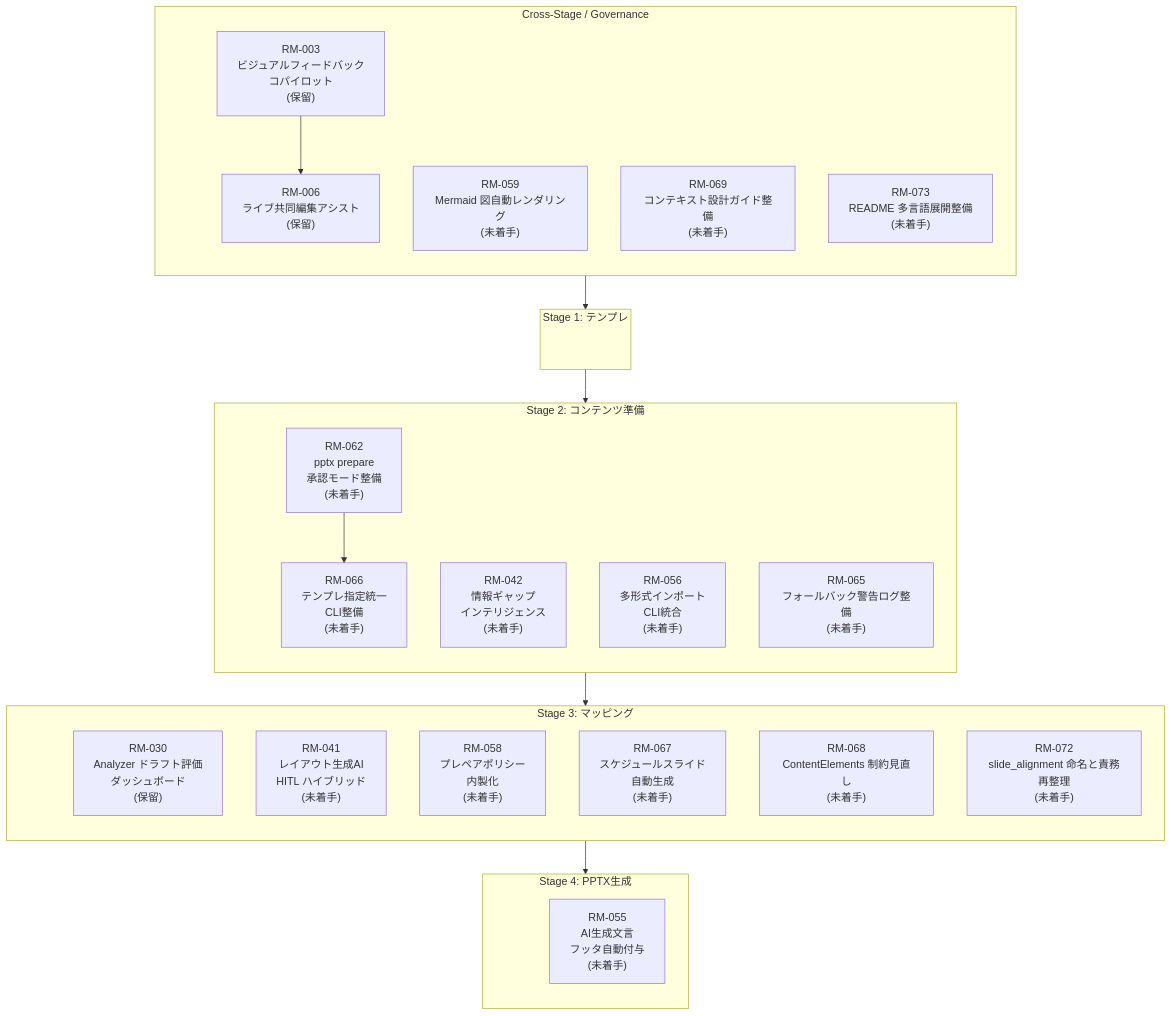
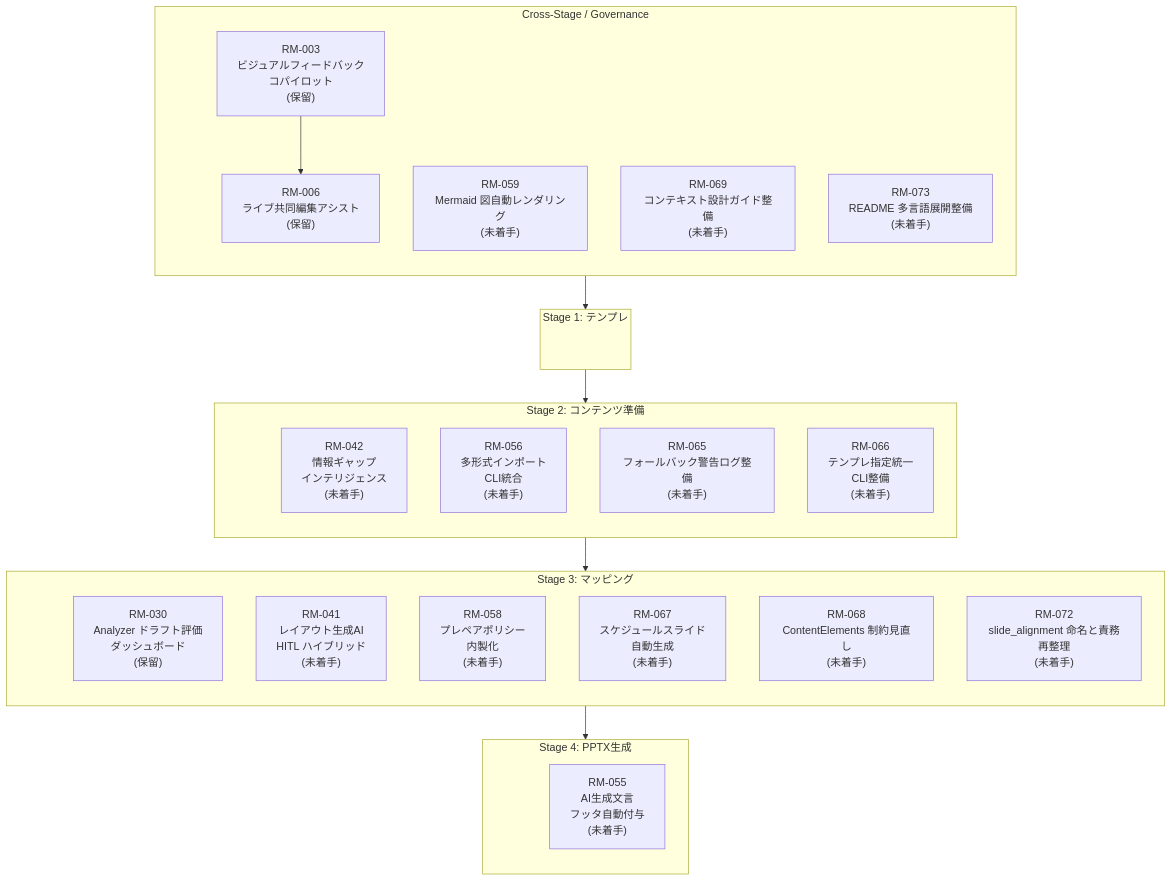
Before and after one commit to yurake/pptx_generator: the diagram in docs/roadmap/roadmap.md, drawn with Mermaid. The commit also changed other lines of this file and 23 other files, not shown here.

````diff
--- a/docs/roadmap/roadmap.md
+++ b/docs/roadmap/roadmap.md
@@ -25,55 +25,53 @@
 ```mermaid
 flowchart TB
     subgraph GOV["Cross-Stage / Governance"]
         direction TB
         GOV_ANCHOR(( ))
         RM003["RM-003<br/>ビジュアルフィードバック<br/>コパイロット<br/>(保留)"]
         RM006["RM-006<br/>ライブ共同編集アシスト<br/>(保留)"]
         RM059["RM-059<br/>Mermaid 図自動レンダリング<br/>(未着手)"]
         RM069["RM-069<br/>コンテキスト設計ガイド整備<br/>(未着手)"]
         RM073["RM-073<br/>README 多言語展開整備<br/>(未着手)"]
     end
 
     subgraph ST1["Stage 1: テンプレ"]
         direction TB
         ST1_ANCHOR(( ))
     end
 
     subgraph ST2["Stage 2: コンテンツ準備"]
         direction TB
         ST2_ANCHOR(( ))
         RM042["RM-042<br/>情報ギャップ<br/>インテリジェンス<br/>(未着手)"]
         RM056["RM-056<br/>多形式インポート<br/>CLI統合<br/>(未着手)"]
-        RM062["RM-062<br/>pptx prepare<br/>承認モード整備<br/>(未着手)"]
         RM065["RM-065<br/>フォールバック警告ログ整備<br/>(未着手)"]
         RM066["RM-066<br/>テンプレ指定統一<br/>CLI整備<br/>(未着手)"]
     end
 
     subgraph ST3["Stage 3: マッピング"]
         direction TB
         ST3_ANCHOR(( ))
         RM030["RM-030<br/>Analyzer ドラフト評価<br/>ダッシュボード<br/>(保留)"]
         RM041["RM-041<br/>レイアウト生成AI<br/>HITL ハイブリッド<br/>(未着手)"]
         RM058["RM-058<br/>プレペアポリシー<br/>内製化<br/>(未着手)"]
         RM067["RM-067<br/>スケジュールスライド<br/>自動生成<br/>(未着手)"]
         RM068["RM-068<br/>ContentElements 制約見直し<br/>(未着手)"]
         RM072["RM-072<br/>slide_alignment 命名と責務再整理<br/>(未着手)"]
     end
 
     subgraph ST4["Stage 4: PPTX生成"]
         direction TB
         ST4_ANCHOR(( ))
         RM055["RM-055<br/>AI生成文言<br/>フッタ自動付与<br/>(未着手)"]
     end
 
     style GOV_ANCHOR fill:transparent,stroke:transparent
     style ST1_ANCHOR fill:transparent,stroke:transparent
     style ST2_ANCHOR fill:transparent,stroke:transparent
     style ST3_ANCHOR fill:transparent,stroke:transparent
     style ST4_ANCHOR fill:transparent,stroke:transparent
 
     GOV_ANCHOR --> ST1_ANCHOR --> ST2_ANCHOR --> ST3_ANCHOR --> ST4_ANCHOR
 
     RM003 --> RM006
-    RM062 --> RM066
 ```
````
